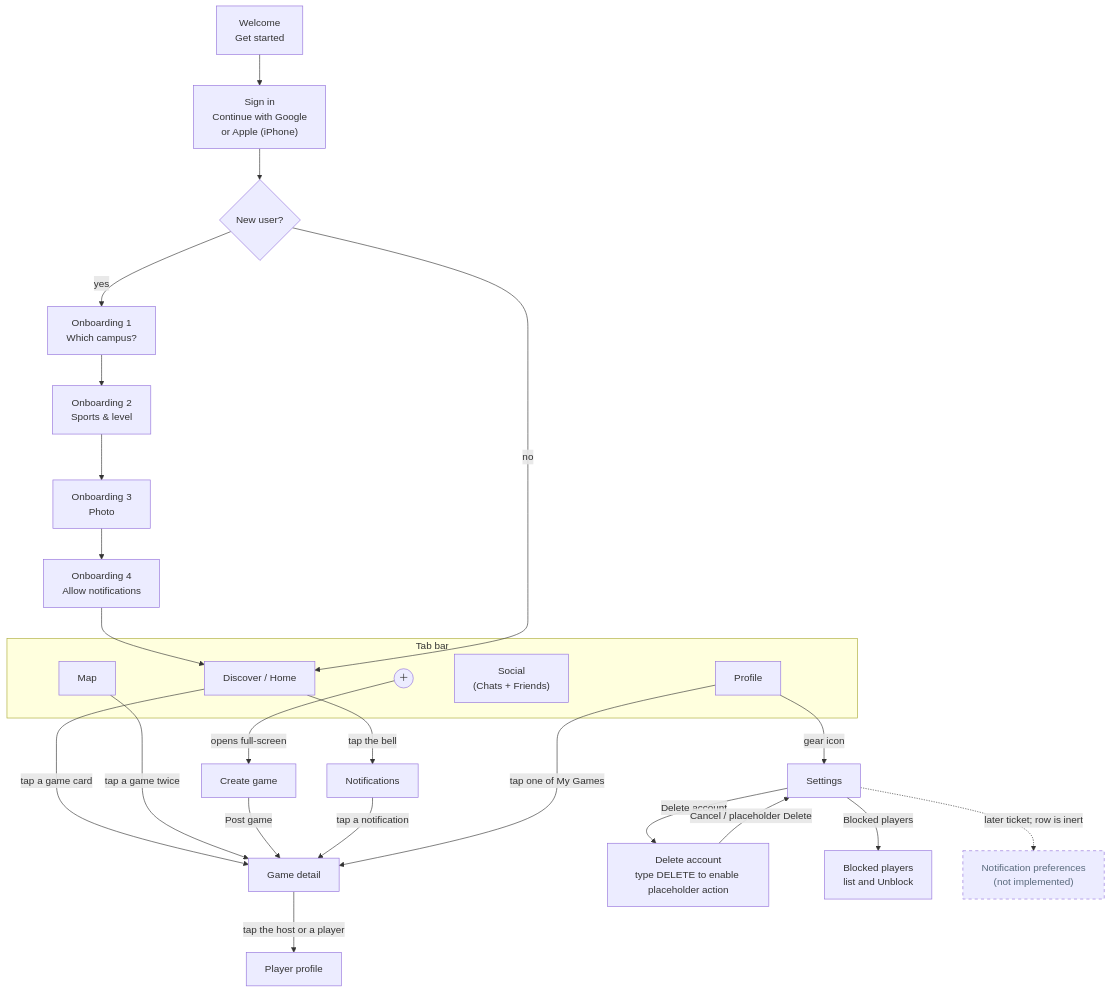
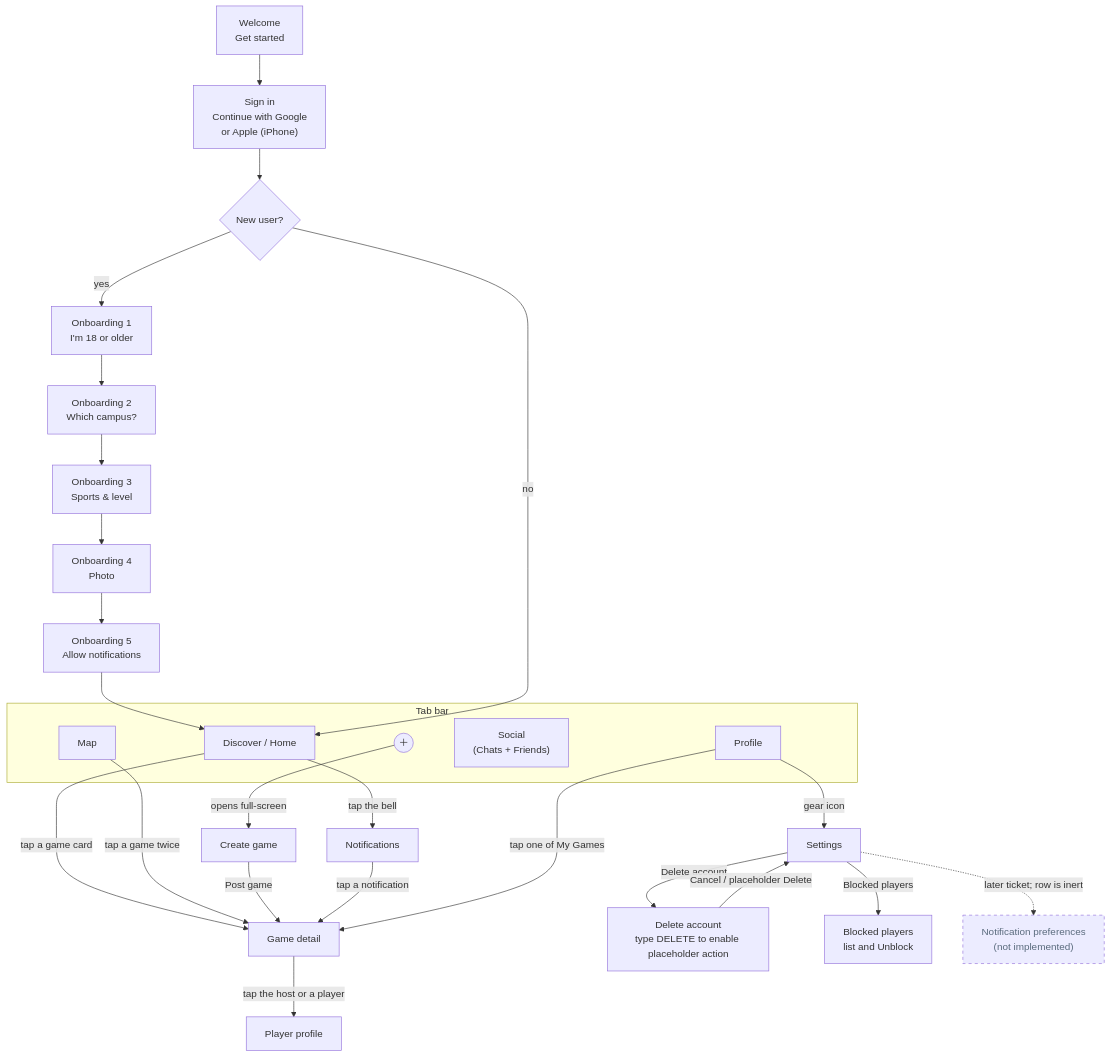
Before and after one commit to aymanlaassel/pantherplay: the third of 9 diagrams in docs/ARCHITECTURE.md, drawn with Mermaid. The commit also changed other lines of this file and 14 other files, not shown here.

````diff
--- a/docs/ARCHITECTURE.md
+++ b/docs/ARCHITECTURE.md
@@ -150,36 +150,37 @@
 ```mermaid
 flowchart TD
   Welcome["Welcome<br/>Get started"] --> SignIn["Sign in<br/>Continue with Google<br/>or Apple (iPhone)"]
   SignIn --> Gate{"New user?"}
-  Gate -- yes --> Campus["Onboarding 1<br/>Which campus?"]
-  Campus --> Sports["Onboarding 2<br/>Sports & level"]
-  Sports --> Photo["Onboarding 3<br/>Photo"]
-  Photo --> Notif["Onboarding 4<br/>Allow notifications"]
+  Gate -- yes --> Adult["Onboarding 1<br/>I'm 18 or older"]
+  Adult --> Campus["Onboarding 2<br/>Which campus?"]
+  Campus --> Sports["Onboarding 3<br/>Sports & level"]
+  Sports --> Photo["Onboarding 4<br/>Photo"]
+  Photo --> Notif["Onboarding 5<br/>Allow notifications"]
   Notif --> Discover
   Gate -- no --> Discover
 
   subgraph TabBar["Tab bar"]
     Discover["Discover / Home"]
     MapTab["Map"]
     Plus(("＋"))
     Social["Social<br/>(Chats + Friends)"]
     Profile["Profile"]
   end
 
   Discover -- "tap a game card" --> Detail["Game detail"]
   MapTab -- "tap a game twice" --> Detail
   Discover -- "tap the bell" --> Notifications["Notifications"]
   Plus -- "opens full-screen" --> Create["Create game"]
   Create -- "Post game" --> Detail
   Profile -- "gear icon" --> Settings["Settings"]
   Settings -- "Delete account" --> DeleteAccount["Delete account<br/>type DELETE to enable placeholder action"]
   DeleteAccount -- "Cancel / placeholder Delete" --> Settings
   Settings -- "Blocked players" --> Blocked["Blocked players<br/>list and Unblock"]
   Settings -. "later ticket; row is inert" .-> NotifPrefs["Notification preferences<br/>(not implemented)"]
   Notifications -- "tap a notification" --> Detail
   Detail -- "tap the host or a player" --> Player["Player profile"]
   Profile -- "tap one of My Games" --> Detail
 
   classDef pending stroke-dasharray: 5 5,color:#5A6B7D
   class NotifPrefs pending
 ```
````
